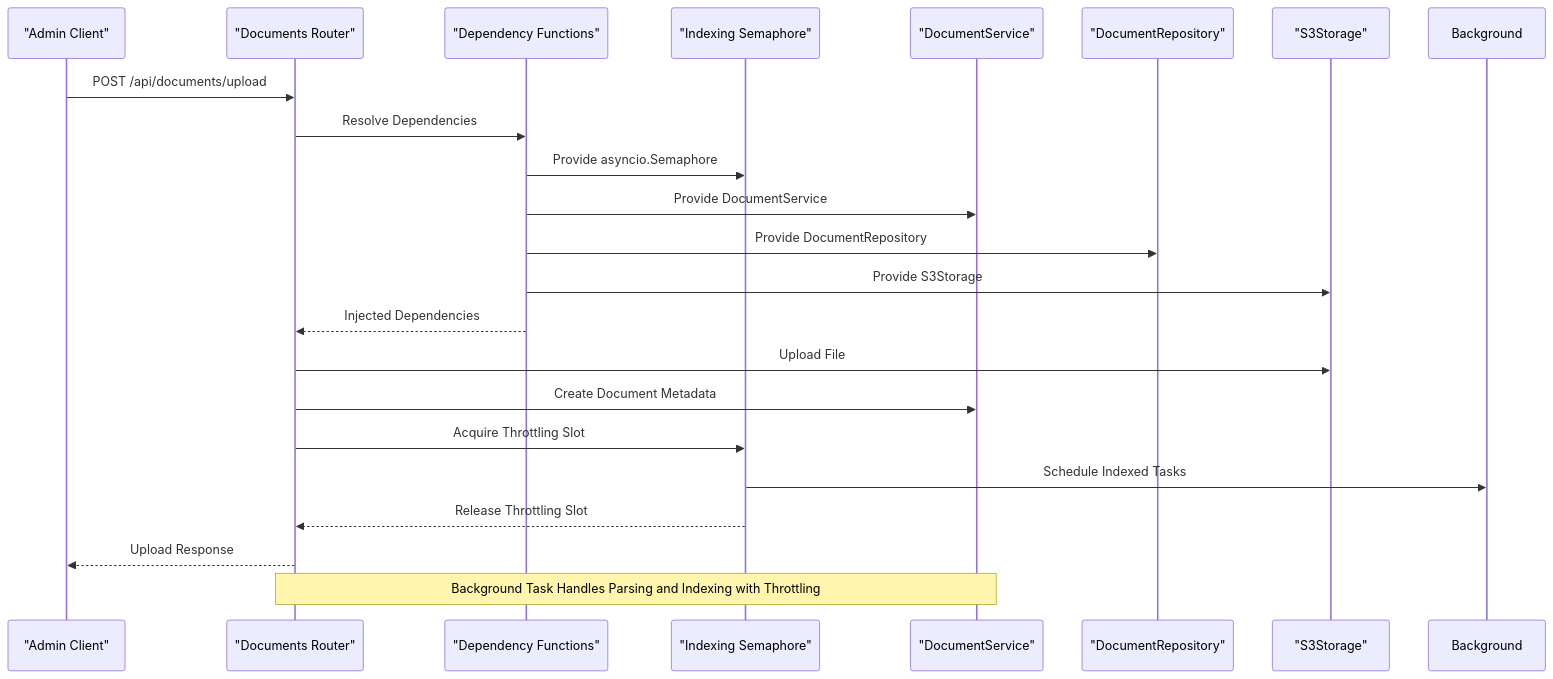
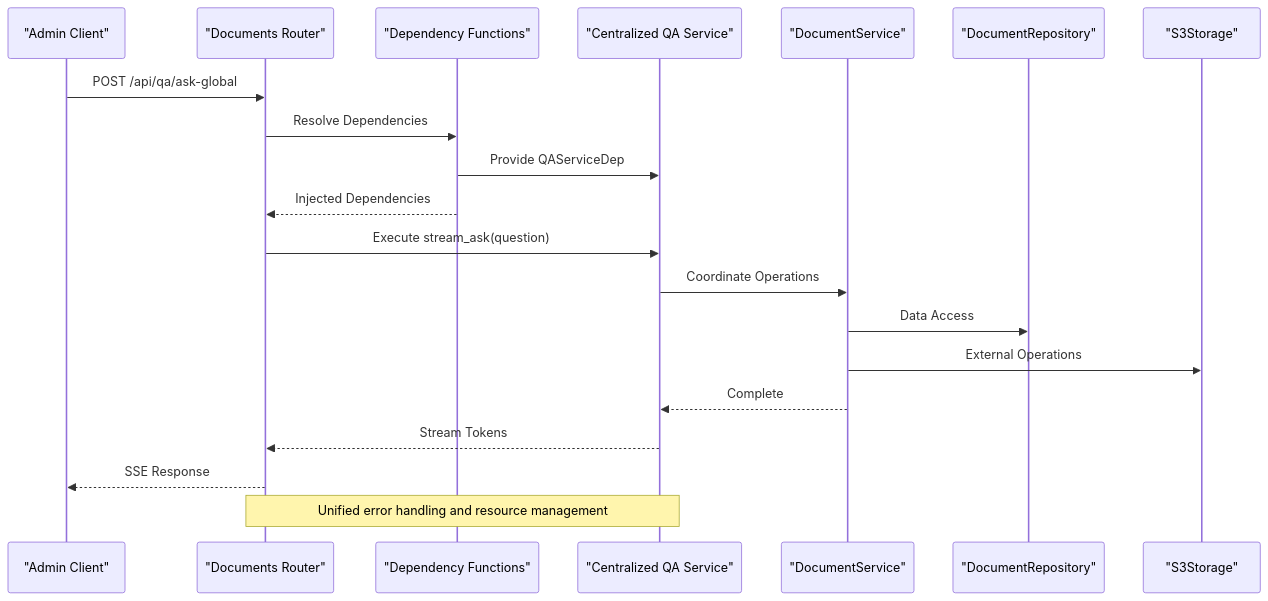
One commit to ognelis/cafetera_hr_bot changed the sixth of 8 diagrams in .qoder/repowiki/en/content/API Reference/Dependency Injection System.md. Above: the diagram before and after it, drawn with Mermaid. The commit also changed other lines of this file and 29 other files, not shown here.

````diff
--- a/.qoder/repowiki/en/content/API Reference/Dependency Injection System.md
+++ b/.qoder/repowiki/en/content/API Reference/Dependency Injection System.md
@@ -333,24 +371,22 @@
 ```mermaid
 sequenceDiagram
 participant Client as "Admin Client"
 participant Router as "Documents Router"
 participant Deps as "Dependency Functions"
-participant Semaphore as "Indexing Semaphore"
+participant QAService as "Centralized QA Service"
 participant Service as "DocumentService"
 participant Repo as "DocumentRepository"
 participant S3 as "S3Storage"
-Client->>Router : POST /api/documents/upload
+Client->>Router : POST /api/qa/ask-global
 Router->>Deps : Resolve Dependencies
-Deps->>Semaphore : Provide asyncio.Semaphore
-Deps->>Service : Provide DocumentService
-Deps->>Repo : Provide DocumentRepository
-Deps->>S3 : Provide S3Storage
+Deps->>QAService : Provide QAServiceDep
 Deps-->>Router : Injected Dependencies
-Router->>S3 : Upload File
-Router->>Service : Create Document Metadata
-Router->>Semaphore : Acquire Throttling Slot
-Semaphore->>Background : Schedule Indexed Tasks
-Semaphore-->>Router : Release Throttling Slot
-Router-->>Client : Upload Response
-Note over Router,Service : Background Task Handles Parsing and Indexing with Throttling
+Router->>QAService : Execute stream_ask(question)
+QAService->>Service : Coordinate Operations
+Service->>Repo : Data Access
+Service->>S3 : External Operations
+Service-->>QAService : Complete
+QAService-->>Router : Stream Tokens
+Router-->>Client : SSE Response
+Note over Router,QAService : Unified error handling and resource management
 ```
````
